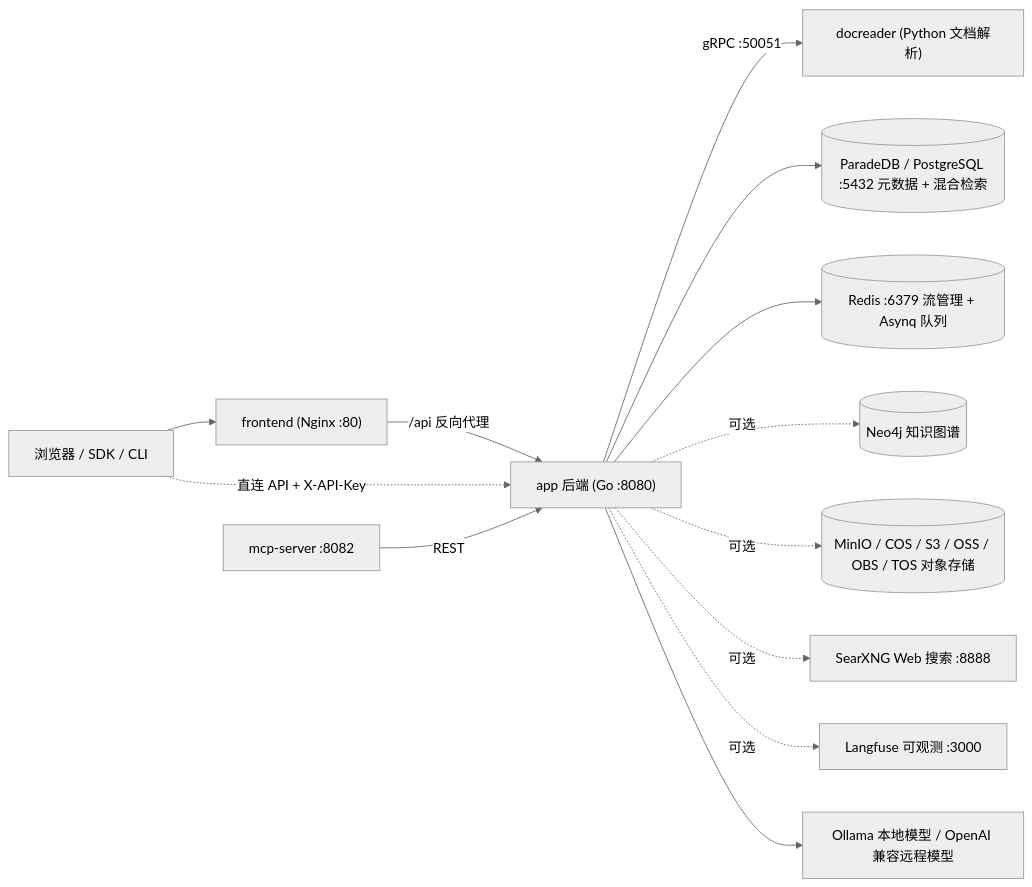
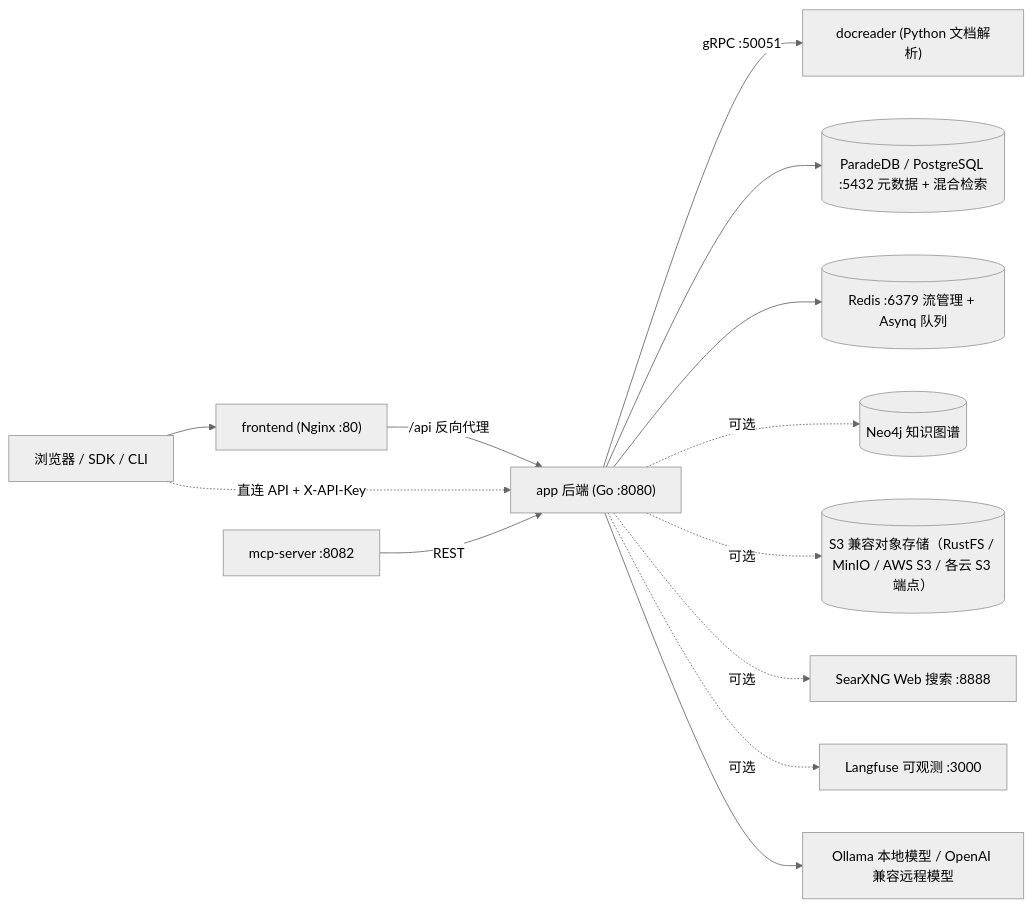
One commit to magicyuan876/Yuheng changed the second of 2 diagrams in website-docs/01-getting-started/01-introduction.md. Above: the diagram before and after it, drawn with Mermaid (neutral theme). The commit also changed other lines of this file and 47 other files, not shown here.

First line of the commit message:
chore(deploy): bundle RustFS instead of MinIO and document the S3-only storage

````diff
--- a/website-docs/01-getting-started/01-introduction.md
+++ b/website-docs/01-getting-started/01-introduction.md
@@ -124,15 +124,15 @@
 ```mermaid
 flowchart LR
     Browser["浏览器 / SDK / CLI"] --> FE["frontend (Nginx :80)"]
     FE -- "/api 反向代理" --> APP["app 后端 (Go :8080)"]
     Browser -. "直连 API + X-API-Key" .-> APP
     APP -- "gRPC :50051" --> DR["docreader (Python 文档解析)"]
     APP --> PG[("ParadeDB / PostgreSQL :5432 元数据 + 混合检索")]
     APP --> RD[("Redis :6379 流管理 + Asynq 队列")]
     APP -. "可选" .-> NEO[("Neo4j 知识图谱")]
-    APP -. "可选" .-> OSS[("MinIO / COS / S3 / OSS / OBS / TOS 对象存储")]
+    APP -. "可选" .-> OSS[("S3 兼容对象存储（RustFS / MinIO / AWS S3 / 各云 S3 端点）")]
     APP -. "可选" .-> SX["SearXNG Web 搜索 :8888"]
     APP -. "可选" .-> LF["Langfuse 可观测 :3000"]
     APP --> LLM["Ollama 本地模型 / OpenAI 兼容远程模型"]
     MCPS["mcp-server :8082"] -- "REST" --> APP
 ```
````
